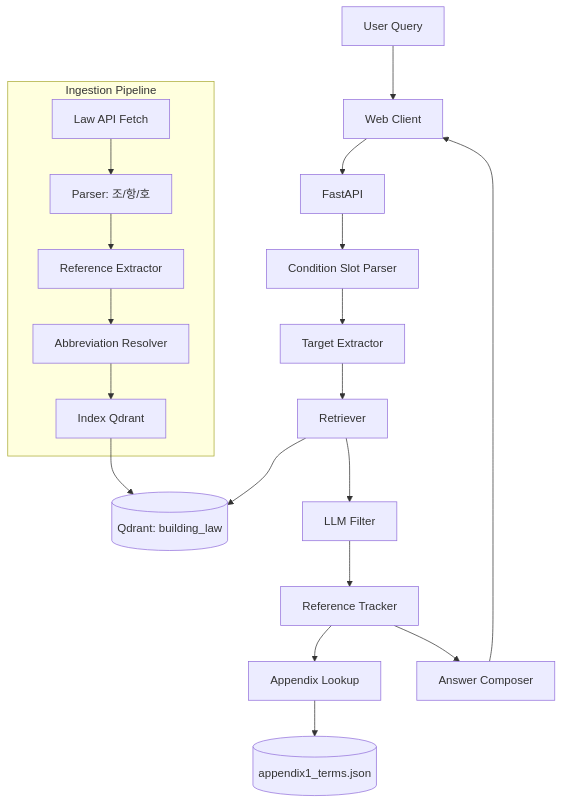
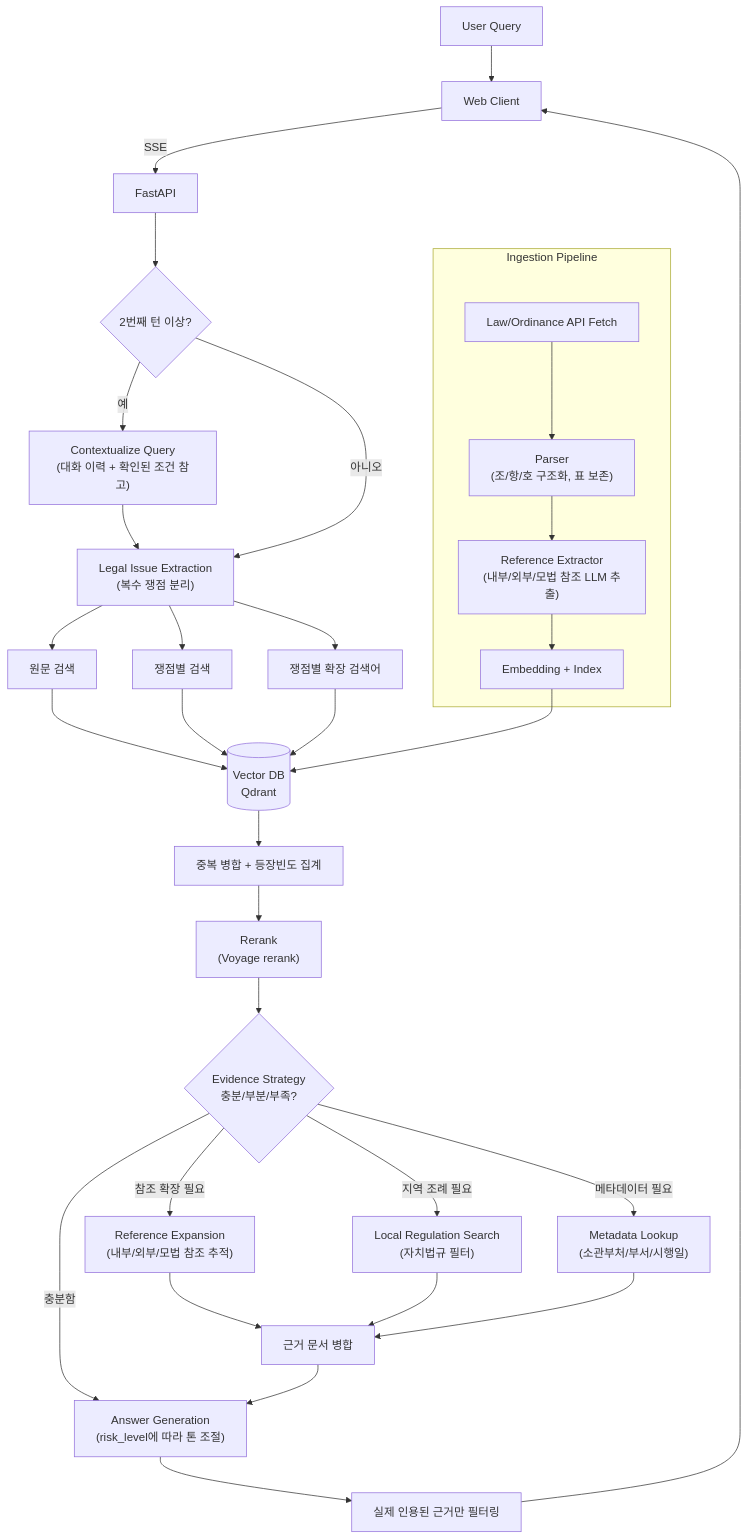
One commit to Hongbi-Kim/GROUNDED_public changed the diagram in README.md. Above: the diagram before and after it, drawn with Mermaid. The commit also changed other lines of this file and 3 other files, not shown here.

````diff
--- a/README.md
+++ b/README.md
@@ -41,30 +39,40 @@
 ```mermaid
 flowchart TD
     U[User Query] --> FE[Web Client]
-    FE --> API[FastAPI]
+    FE -->|SSE| API[FastAPI]
 
-    API --> O1[Condition Slot Parser]
-    O1 --> O2[Target Extractor]
-    O2 --> O3[Retriever]
+    API --> C0{2번째 턴 이상?}
+    C0 -->|예| CQ["Contextualize Query\n(대화 이력 + 확인된 조건 참고)"]
+    CQ --> IE
+    C0 -->|아니오| IE["Legal Issue Extraction\n(복수 쟁점 분리)"]
 
-    O3 --> Q[(Qdrant: building_law)]
-    O3 --> LLMF[LLM Filter]
-    LLMF --> O4[Reference Tracker]
+    IE --> RET1["원문 검색"]
+    IE --> RET2["쟁점별 검색"]
+    IE --> RET3["쟁점별 확장 검색어"]
+    RET1 --> Q[(Vector DB\nQdrant)]
+    RET2 --> Q
+    RET3 --> Q
+    Q --> DEDUP["중복 병합 + 등장빈도 집계"]
+    DEDUP --> RR["Rerank\n(Voyage rerank)"]
+    RR --> PLAN{"Evidence Strategy\n충분/부분/부족?"}
 
-    O4 --> A1[Appendix Lookup]
-    A1 --> J[(appendix1_terms.json)]
+    PLAN -->|참조 확장 필요| REF["Reference Expansion\n(내부/외부/모법 참조 추적)"]
+    PLAN -->|지역 조례 필요| LOC["Local Regulation Search\n(자치법규 필터)"]
+    PLAN -->|메타데이터 필요| META["Metadata Lookup\n(소관부처/부서/시행일)"]
+    PLAN -->|충분함| GEN
 
-    O4 --> O5[Answer Composer]
-    O5 --> FE
+    REF --> MERGE["근거 문서 병합"]
+    LOC --> MERGE
+    META --> MERGE
+    MERGE --> GEN["Answer Generation\n(risk_level에 따라 톤 조절)"]
+    GEN --> FILT["실제 인용된 근거만 필터링"]
+    FILT --> FE
 
     subgraph Ingestion Pipeline
-      R1[Law API Fetch]
-      R2[Parser: 조/항/호]
-      R3[Reference Extractor]
-      R4[Abbreviation Resolver]
-      R5[Index Qdrant]
-      R1 --> R2 --> R3 --> R4 --> R5
+      R1[Law/Ordinance API Fetch] --> R2["Parser\n(조/항/호 구조화, 표 보존)"]
+      R2 --> R3["Reference Extractor\n(내부/외부/모법 참조 LLM 추출)"]
+      R3 --> R4[Embedding + Index]
     end
 
-    R5 --> Q
+    R4 --> Q
 ```
````
